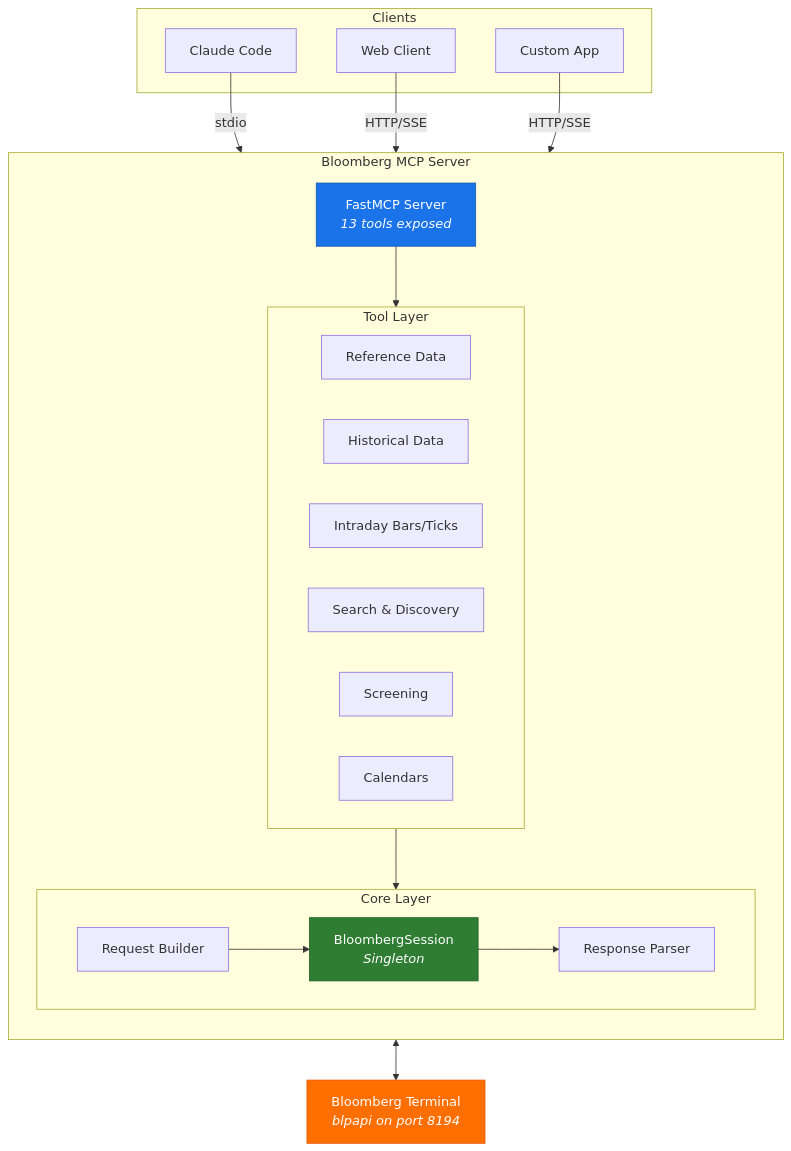
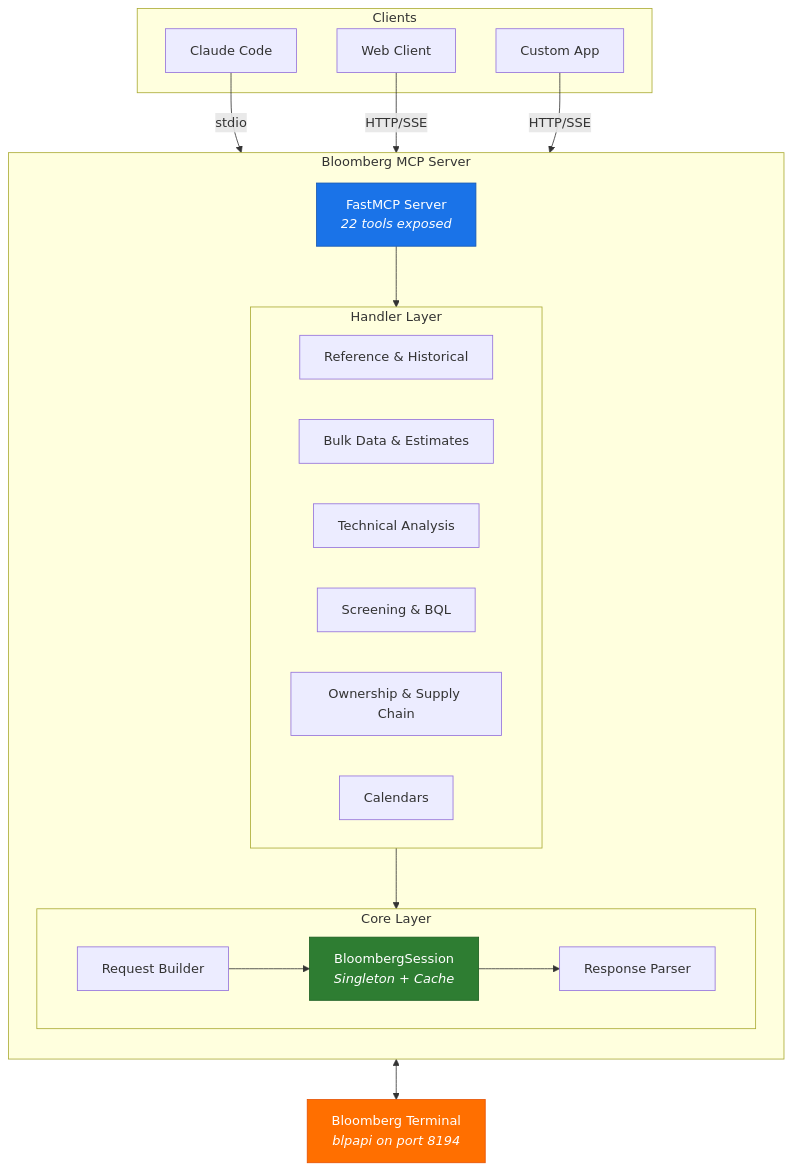
Before and after one commit to QmQsun/Bloomberg-MCP: the first of 7 diagrams in README.md, drawn with Mermaid. The commit also changed other lines of this file, not shown here.

Commit message:
docs: update README with architecture diagrams and 22 tools

````diff
--- a/README.md
+++ b/README.md
@@ -26,45 +25,45 @@
 ```mermaid
 graph TB
     subgraph Clients
         CC[Claude Code]
         WC[Web Client]
         CA[Custom App]
     end
 
     subgraph "Bloomberg MCP Server"
         direction TB
-        MCP["FastMCP Server<br/><i>13 tools exposed</i>"]
+        MCP["FastMCP Server<br/><i>22 tools exposed</i>"]
 
-        subgraph Tools["Tool Layer"]
+        subgraph Handlers["Handler Layer"]
             direction LR
-            REF[Reference Data]
-            HIST[Historical Data]
-            INTRA[Intraday Bars/Ticks]
-            SEARCH[Search & Discovery]
-            SCREEN[Screening]
+            REF[Reference & Historical]
+            BULK[Bulk Data & Estimates]
+            TA[Technical Analysis]
+            SCREEN[Screening & BQL]
+            OWN[Ownership & Supply Chain]
             CAL[Calendars]
         end
 
         subgraph Core["Core Layer"]
             direction LR
-            SESSION["BloombergSession<br/><i>Singleton</i>"]
+            SESSION["BloombergSession<br/><i>Singleton + Cache</i>"]
             REQ[Request Builder]
             RESP[Response Parser]
         end
     end
 
     BBG["Bloomberg Terminal<br/><i>blpapi on port 8194</i>"]
 
     CC -- stdio --> MCP
     WC -- HTTP/SSE --> MCP
     CA -- HTTP/SSE --> MCP
-    MCP --> Tools
-    Tools --> Core
+    MCP --> Handlers
+    Handlers --> Core
     SESSION <--> BBG
     REQ --> SESSION
     SESSION --> RESP
 
     style MCP fill:#1a73e8,stroke:#1557b0,color:#fff
     style BBG fill:#ff6f00,stroke:#e65100,color:#fff
     style SESSION fill:#2e7d32,stroke:#1b5e20,color:#fff
 ```
````
